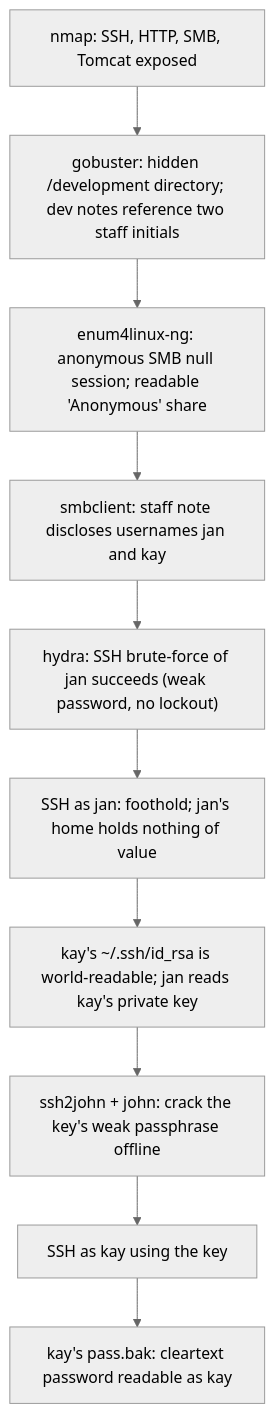
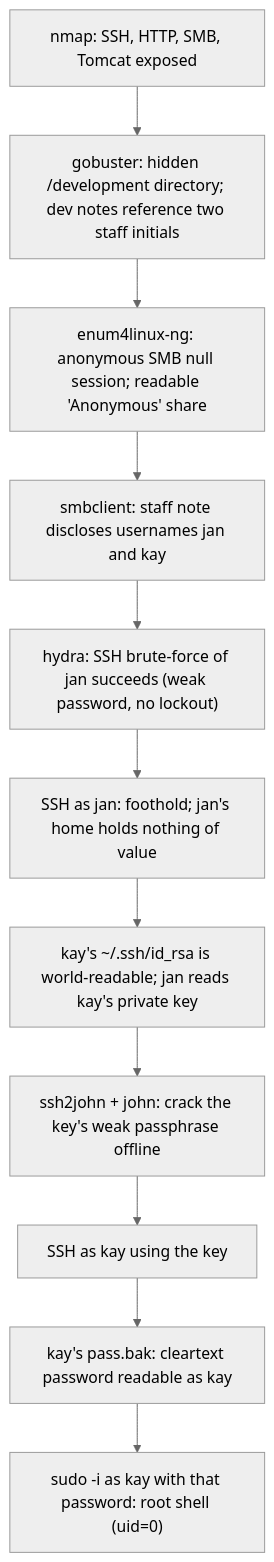
The second of 2 diagrams in reports/smb-to-multiuser-compromise-2026-08.md (ouroboros-white/cybersecurity-portfolio), drawn with Mermaid (neutral theme) before and after one commit. The commit also changed other lines of this file and 1 other file, not shown here.

First line of the commit message:
docs: upgrade SMB report to root compromise (F-06, Critical)

````diff
--- a/reports/smb-to-multiuser-compromise-2026-08.md
+++ b/reports/smb-to-multiuser-compromise-2026-08.md
@@ -125,12 +129,13 @@
 ```mermaid
 flowchart TD
     A["nmap: SSH, HTTP, SMB, Tomcat exposed"] --> B["gobuster: hidden /development directory; dev notes reference two staff initials"]
     B --> C["enum4linux-ng: anonymous SMB null session; readable 'Anonymous' share"]
     C --> D["smbclient: staff note discloses usernames jan and kay"]
     D --> E["hydra: SSH brute-force of jan succeeds (weak password, no lockout)"]
     E --> F["SSH as jan: foothold; jan's home holds nothing of value"]
     F --> G["kay's ~/.ssh/id_rsa is world-readable; jan reads kay's private key"]
     G --> H["ssh2john + john: crack the key's weak passphrase offline"]
     H --> I["SSH as kay using the key"]
     I --> J["kay's pass.bak: cleartext password readable as kay"]
+    J --> K["sudo -i as kay with that password: root shell (uid=0)"]
 ```
````
